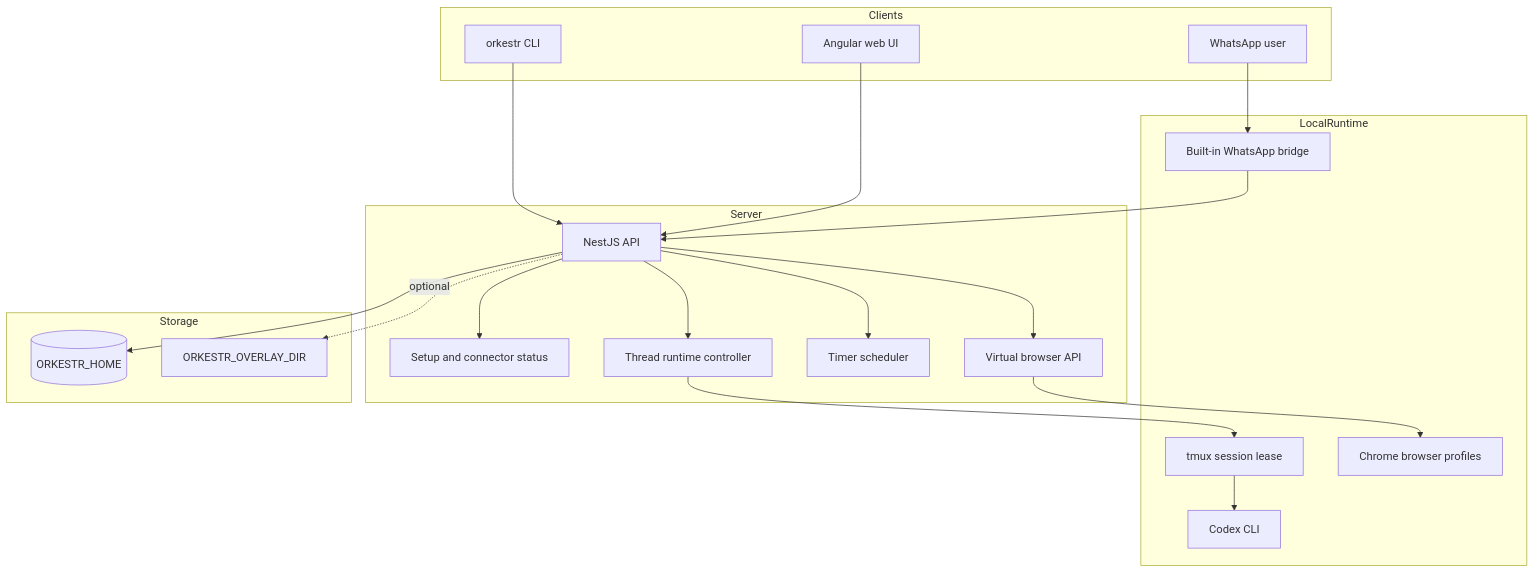
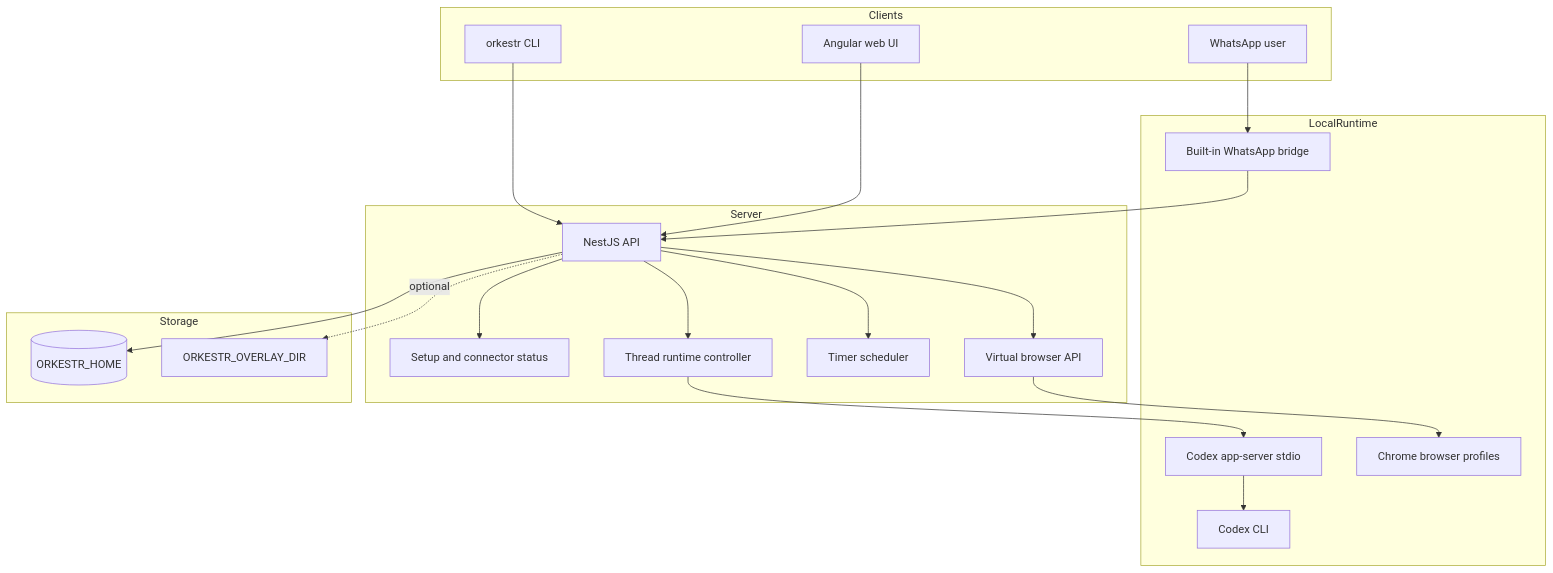
The diagram in docs/architecture.md (otcan/orkestr), drawn with Mermaid before and after one commit. The commit also changed other lines of this file and 31 other files, not shown here.

Commit message:
Move Codex threads to app-server runtime

````diff
--- a/docs/architecture.md
+++ b/docs/architecture.md
@@ -5,40 +5,40 @@
 ```mermaid
 flowchart TB
   subgraph Clients
     Web[Angular web UI]
     CLI[orkestr CLI]
     WA[WhatsApp user]
   end
 
   subgraph Server
     API[NestJS API]
     Setup[Setup and connector status]
     Threads[Thread runtime controller]
     Timers[Timer scheduler]
     BrowserAPI[Virtual browser API]
   end
 
   subgraph LocalRuntime
     Bridge[Built-in WhatsApp bridge]
-    Tmux[tmux session lease]
+    AppServer[Codex app-server stdio]
     Codex[Codex CLI]
     Chrome[Chrome browser profiles]
   end
 
   subgraph Storage
     Home[(ORKESTR_HOME)]
     Overlay[ORKESTR_OVERLAY_DIR]
   end
 
   Web --> API
   CLI --> API
   WA --> Bridge --> API
   API --> Setup
   API --> Threads
   API --> Timers
   API --> BrowserAPI
-  Threads --> Tmux --> Codex
+  Threads --> AppServer --> Codex
   BrowserAPI --> Chrome
   API --> Home
   API -. optional .-> Overlay
 ```
````
